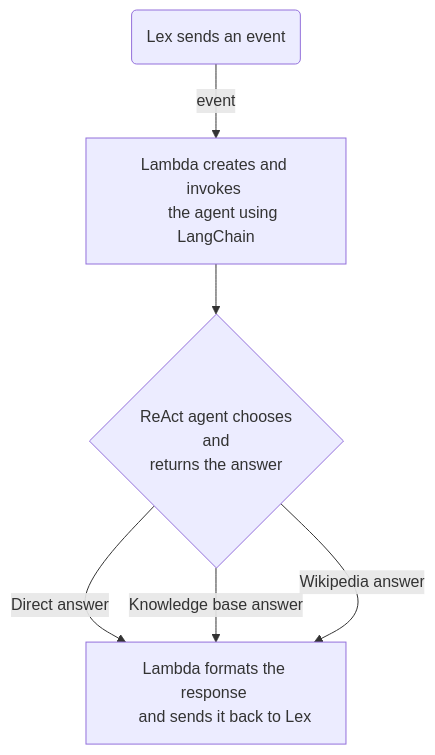
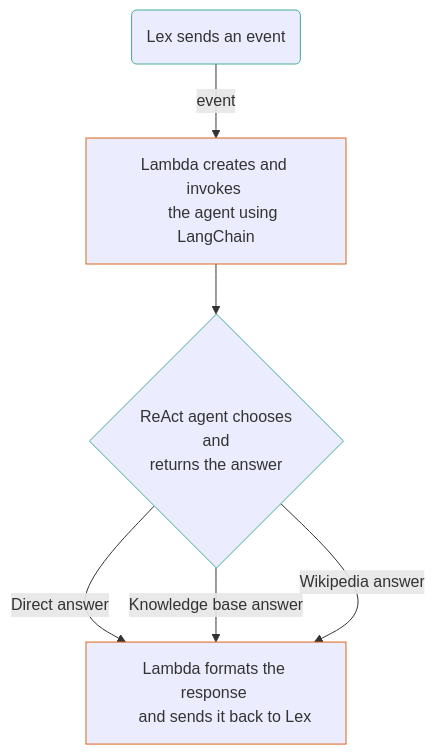
Before and after one commit to 565059/ai-chatbot-aws: the diagram in README.md, drawn with Mermaid.

````diff
--- a/README.md
+++ b/README.md
@@ -80,12 +80,17 @@
 ```mermaid
 flowchart TD
     A(Lex sends an event) -->|event| B["Lambda creates and invokes 
     the agent using LangChain"]
     B --> C{"ReAct agent chooses
      and 
      returns the answer"}
     C -->|Direct answer| D["Lambda formats the response 
     and sends it back to Lex"]
     C -->|Knowledge base answer| D
     C -->|Wikipedia answer| D
+
+    style A stroke:#45AC95
+    style B stroke:#DA661A
+    style C stroke:#45AC95
+    style D stroke:#DA661A
 ```
````
